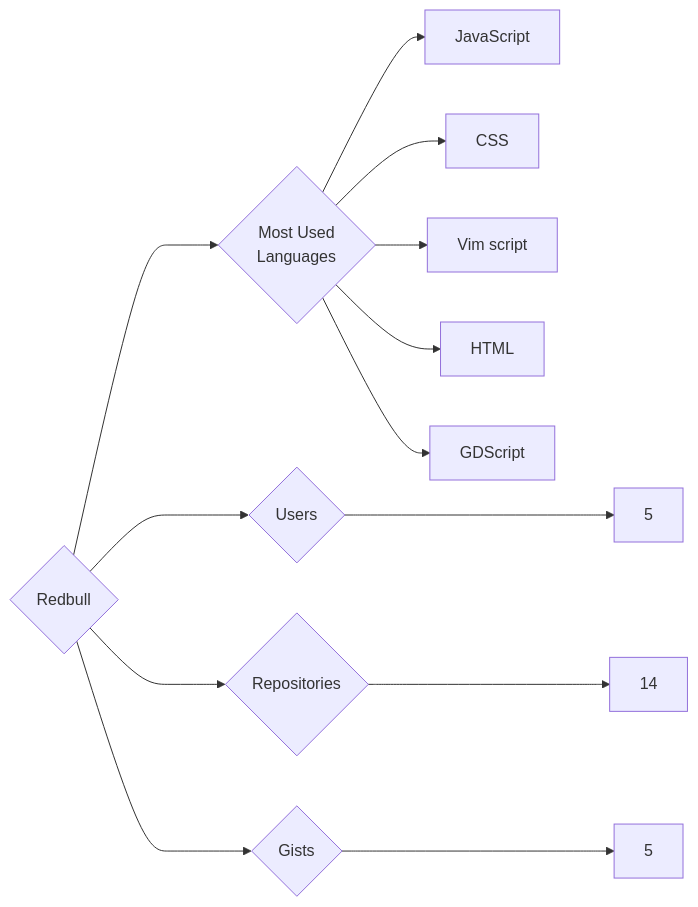
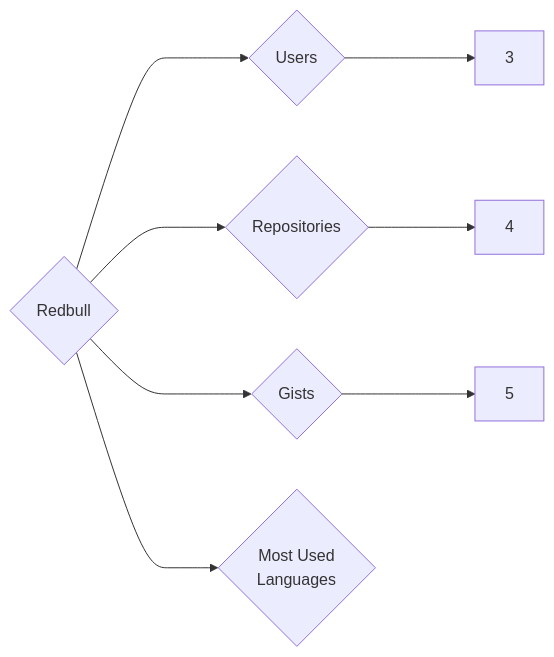
Before and after one commit to trickest/insiders: the diagram in targets/Redbull/README.md, drawn with Mermaid. The commit also changed 1011 other files, not shown here.

````diff
--- a/targets/Redbull/README.md
+++ b/targets/Redbull/README.md
@@ -3,13 +3,8 @@
 ```mermaid
 graph LR
 COMPANY_NAME{Redbull}
-COMPANY_NAME ---> U{Users} ---> UN[5]
-COMPANY_NAME ---> R{Repositories} ---> RN[14]
+COMPANY_NAME ---> U{Users} ---> UN[3]
+COMPANY_NAME ---> R{Repositories} ---> RN[4]
 COMPANY_NAME ---> G{Gists} ---> GN[5]
 COMPANY_NAME ---> ML{Most Used<br>Languages}
-ML --> JavaScript[JavaScript]
-ML --> CSS[CSS]
-ML --> Vim_script[Vim script]
-ML --> HTML[HTML]
-ML --> GDScript[GDScript]
 ```
````
